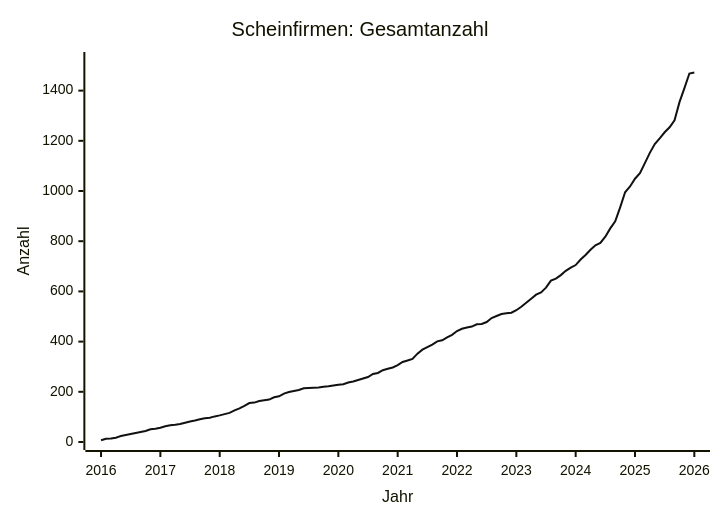
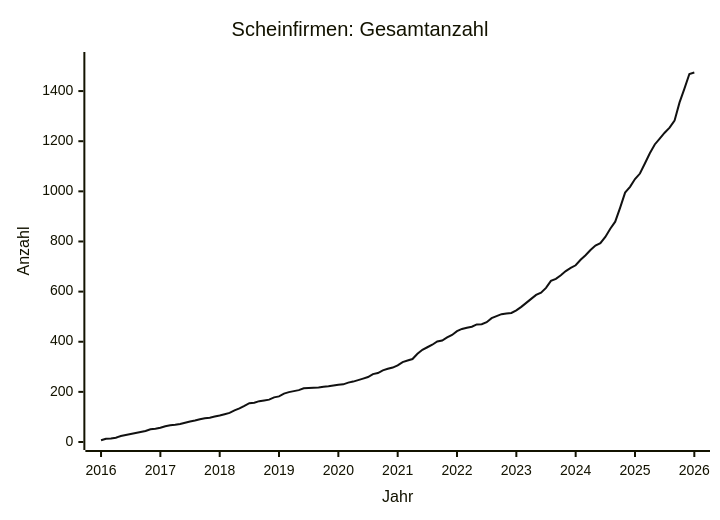
The diagram in data/STATS.md (arjoma/scheinfirmen-at), drawn with Mermaid before and after one commit. The commit also changed other lines of this file and 3 other files, not shown here.

````diff
--- a/data/STATS.md
+++ b/data/STATS.md
@@ -9,13 +9,13 @@
 ```mermaid
 ---
 config:
   themeVariables:
     xyChart:
       plotColorPalette: "#111111"
 ---
 xychart-beta
     title "Scheinfirmen: Gesamtanzahl"
     x-axis "Jahr" 2016 --> 2026
-    y-axis "Anzahl" 0 --> 1522
-    line [7, 13, 14, 17, 24, 28, 32, 36, 40, 44, 51, 53, 57, 63, 67, 69, 72, 77, 82, 86, 91, 95, 97, 102, 106, 111, 116, 126, 134, 144, 155, 157, 163, 166, 169, 178, 182, 193, 199, 203, 207, 214, 215, 216, 217, 220, 222, 225, 228, 230, 237, 241, 247, 253, 259, 271, 275, 286, 292, 297, 306, 319, 325, 331, 352, 368, 378, 388, 401, 405, 417, 427, 442, 451, 456, 460, 469, 470, 478, 494, 502, 510, 513, 515, 525, 539, 555, 571, 587, 596, 615, 643, 651, 665, 682, 695, 705, 727, 745, 766, 784, 793, 818, 851, 879, 935, 995, 1018, 1049, 1071, 1111, 1152, 1187, 1210, 1234, 1254, 1282, 1354, 1410, 1468, 1472]
+    y-axis "Anzahl" 0 --> 1524
+    line [7, 13, 14, 17, 24, 28, 32, 36, 40, 44, 51, 53, 57, 63, 67, 69, 72, 77, 82, 86, 91, 95, 97, 102, 106, 111, 116, 126, 134, 144, 155, 157, 163, 166, 169, 178, 182, 193, 199, 203, 207, 214, 215, 216, 217, 220, 222, 225, 228, 230, 237, 241, 247, 253, 259, 271, 275, 286, 292, 297, 306, 319, 325, 331, 352, 368, 378, 388, 401, 405, 417, 427, 442, 451, 456, 460, 469, 470, 478, 494, 502, 510, 513, 515, 525, 539, 555, 571, 587, 596, 615, 643, 651, 665, 682, 695, 705, 727, 745, 766, 784, 793, 818, 851, 879, 935, 995, 1018, 1049, 1071, 1111, 1152, 1187, 1210, 1234, 1254, 1282, 1354, 1410, 1468, 1474]
 ```
````
